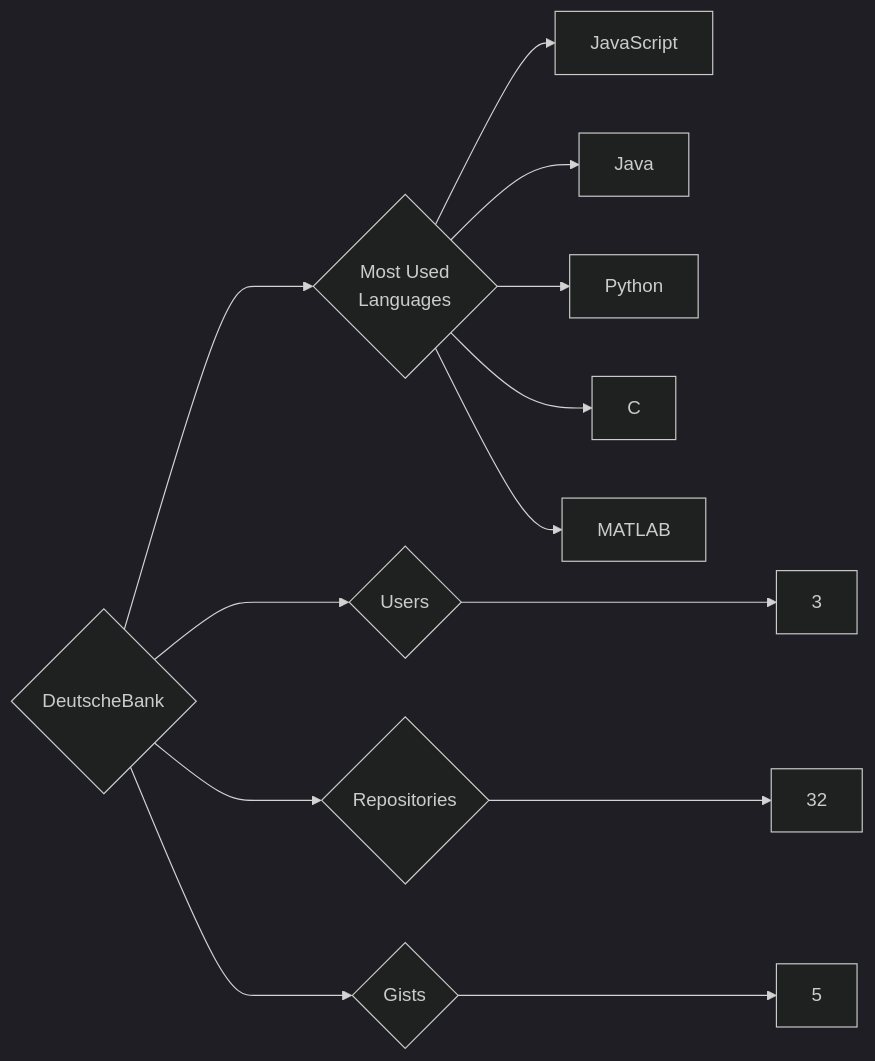
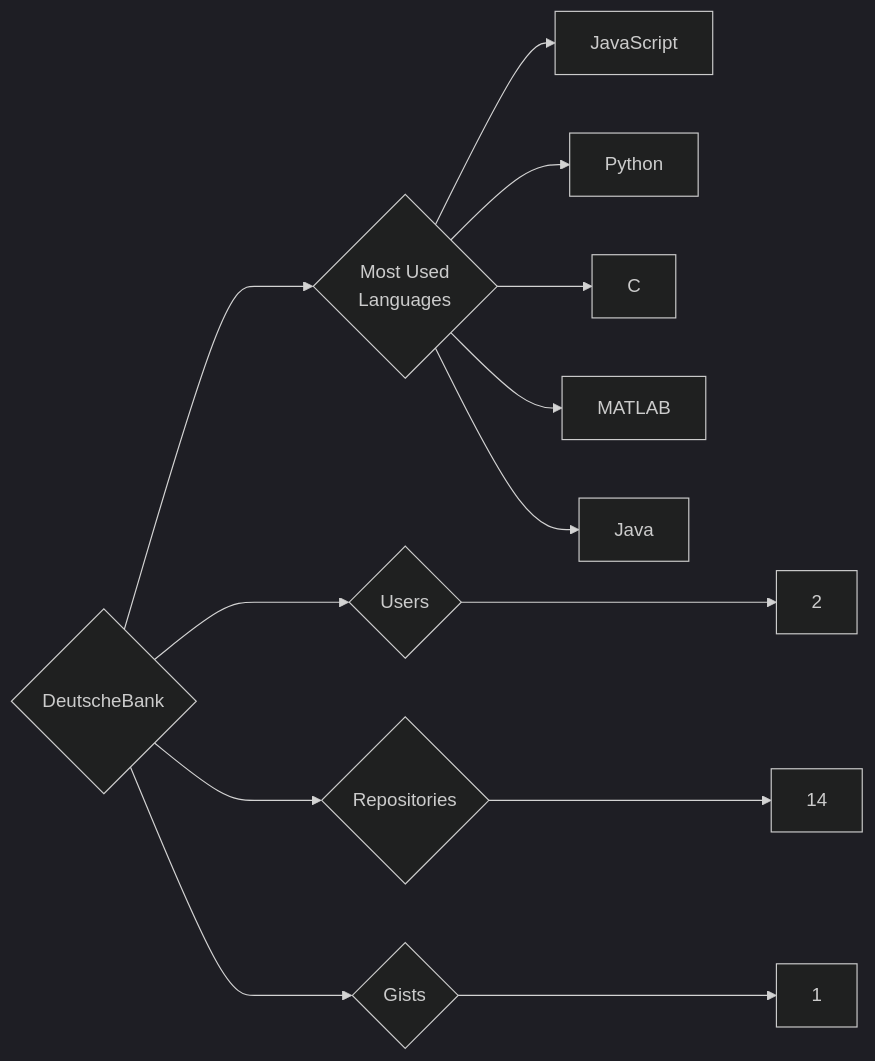
One commit to trickest/insiders changed the diagram in targets/DeutscheBank/README.md. Above: the diagram before and after it, drawn with Mermaid (dark theme). The commit also changed 1020 other files, not shown here.

````diff
--- a/targets/DeutscheBank/README.md
+++ b/targets/DeutscheBank/README.md
@@ -3,13 +3,13 @@
 ```mermaid
 graph LR
 COMPANY_NAME{DeutscheBank}
-COMPANY_NAME ---> U{Users} ---> UN[3]
-COMPANY_NAME ---> R{Repositories} ---> RN[32]
-COMPANY_NAME ---> G{Gists} ---> GN[5]
+COMPANY_NAME ---> U{Users} ---> UN[2]
+COMPANY_NAME ---> R{Repositories} ---> RN[14]
+COMPANY_NAME ---> G{Gists} ---> GN[1]
 COMPANY_NAME ---> ML{Most Used<br>Languages}
 ML --> JavaScript[JavaScript]
-ML --> Java[Java]
 ML --> Python[Python]
 ML --> C[C]
 ML --> MATLAB[MATLAB]
+ML --> Java[Java]
 ```
````
